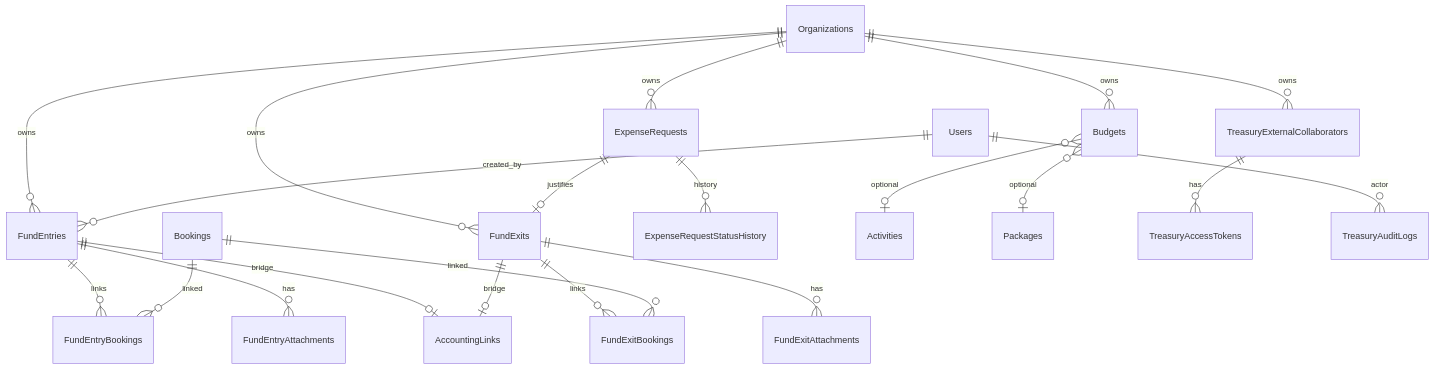
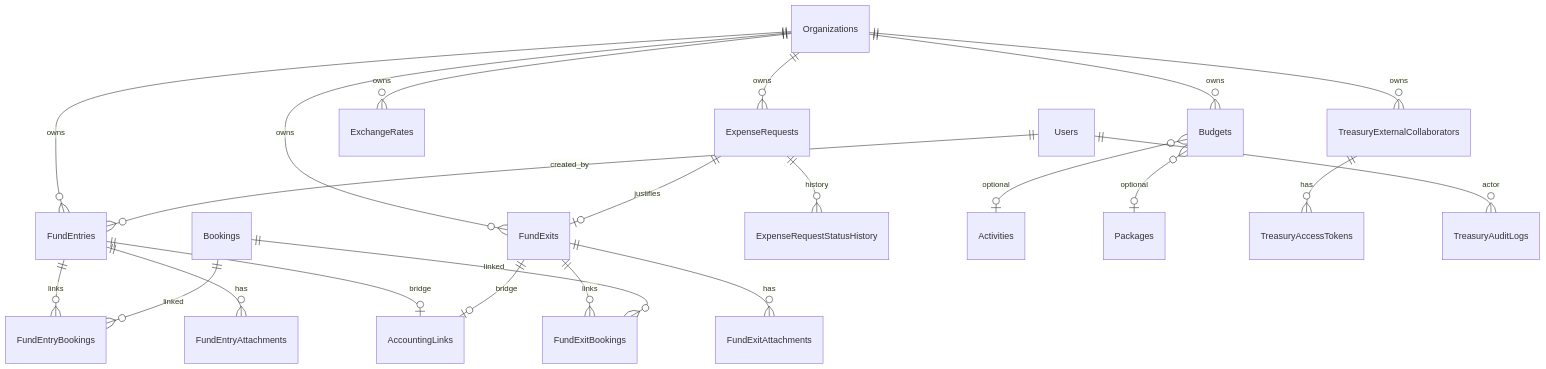
Before and after one commit to thecarinsiwa/africatourismgate: the first of 2 diagrams in docs/tresorerie-domain-model.md, drawn with Mermaid. The commit also changed other lines of this file and 5 other files, not shown here.

````diff
--- a/docs/tresorerie-domain-model.md
+++ b/docs/tresorerie-domain-model.md
@@ -42,28 +42,29 @@
 ```mermaid
 erDiagram
   Organizations ||--o{ FundEntries : owns
   Organizations ||--o{ FundExits : owns
   Organizations ||--o{ ExpenseRequests : owns
   Organizations ||--o{ Budgets : owns
+  Organizations ||--o{ ExchangeRates : owns
   Organizations ||--o{ TreasuryExternalCollaborators : owns
 
   FundEntries ||--o{ FundEntryBookings : links
   Bookings ||--o{ FundEntryBookings : linked
   FundEntries ||--o{ FundEntryAttachments : has
 
   ExpenseRequests ||--o| FundExits : justifies
   ExpenseRequests ||--o{ ExpenseRequestStatusHistory : history
   FundExits ||--o{ FundExitBookings : links
   Bookings ||--o{ FundExitBookings : linked
   FundExits ||--o{ FundExitAttachments : has
 
   Budgets }o--o| Activities : optional
   Budgets }o--o| Packages : optional
 
   TreasuryExternalCollaborators ||--o{ TreasuryAccessTokens : has
   Users ||--o{ FundEntries : created_by
   Users ||--o{ TreasuryAuditLogs : actor
 
   FundEntries ||--o| AccountingLinks : bridge
   FundExits ||--o| AccountingLinks : bridge
 ```
````
